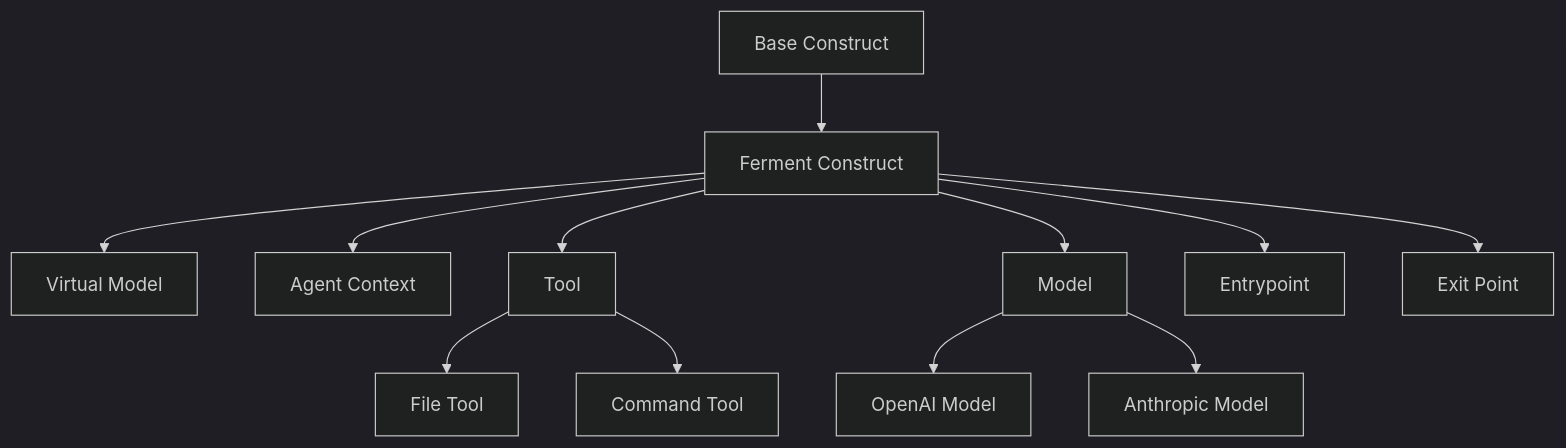
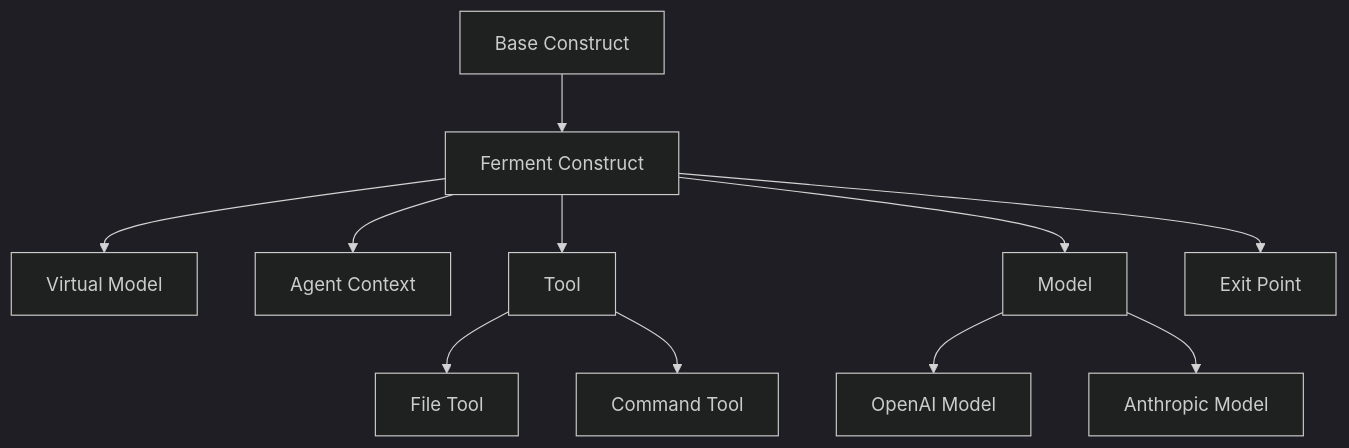
One commit to liamzdenek/ferment-ai changed the first of 3 diagrams in memory-bank/systemPatterns.md. Above: the diagram before and after it, drawn with Mermaid (dark theme). The commit also changed other lines of this file and 11 other files, not shown here.

````diff
--- a/memory-bank/systemPatterns.md
+++ b/memory-bank/systemPatterns.md
@@ -9,14 +9,13 @@
 ```mermaid
 graph TD
     Construct[Base Construct] --> FermentConstruct[Ferment Construct]
     FermentConstruct --> VirtualModel[Virtual Model]
     FermentConstruct --> AgentContext[Agent Context]
     FermentConstruct --> Tool[Tool]
     FermentConstruct --> Model[Model]
-    FermentConstruct --> Entrypoint[Entrypoint]
     FermentConstruct --> ExitPoint[Exit Point]
     Model --> OpenAIModel[OpenAI Model]
     Model --> AnthropicModel[Anthropic Model]
     Tool --> FileTool[File Tool]
     Tool --> CommandTool[Command Tool]
 ```
````
